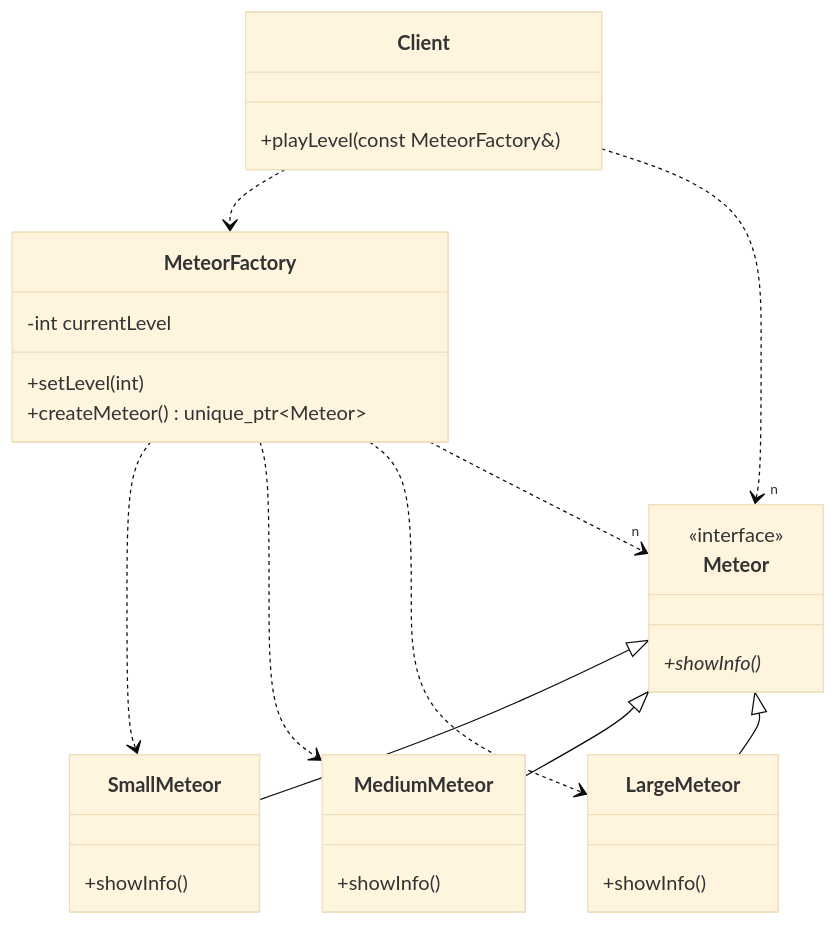
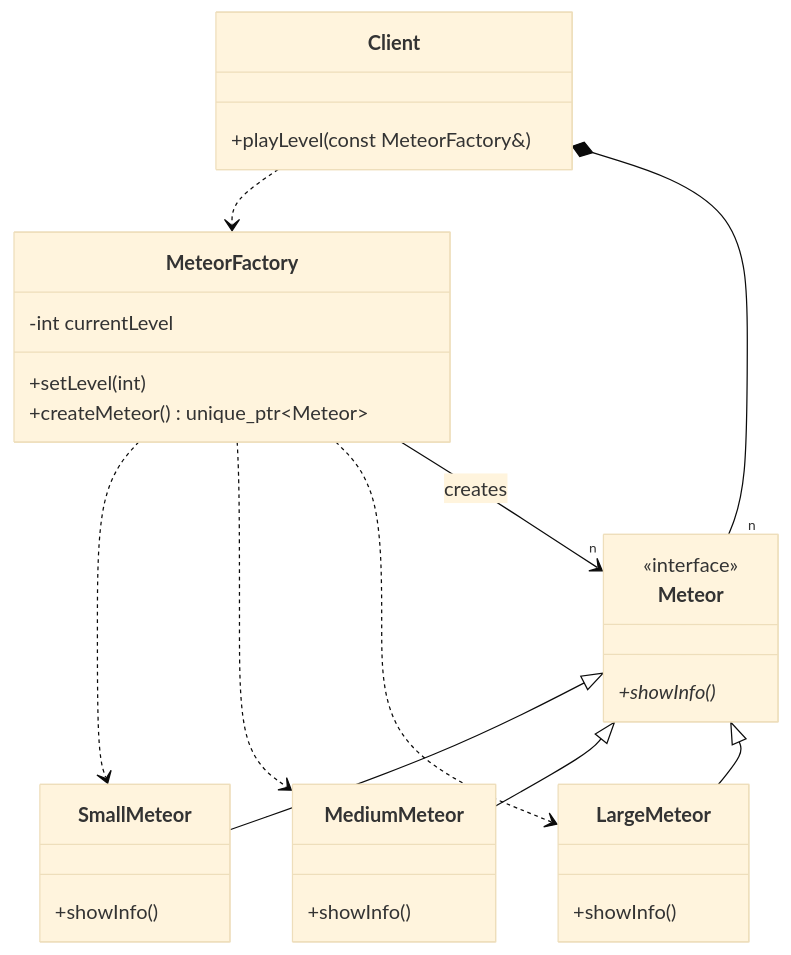
Before and after one commit to Cichlidfishexigency721/Modern-CPP-Design-Patterns: the diagram in 02_FactoryMethod/SimpleFactoryMethod/diagram.md, drawn with Mermaid (base theme).

Commit message:
UML improvement

````diff
--- a/02_FactoryMethod/SimpleFactoryMethod/diagram.md
+++ b/02_FactoryMethod/SimpleFactoryMethod/diagram.md
@@ -3,42 +3,42 @@
 ```mermaid
 classDiagram
     class Meteor {
         <<interface>>
         +showInfo()*
     }
     class SmallMeteor {
         +showInfo()
     }
     class MediumMeteor {
         +showInfo()
     }
     class LargeMeteor {
         +showInfo()
     }
 
     class MeteorFactory {
         -int currentLevel
         +setLevel(int)
         +createMeteor() unique_ptr~Meteor~
     }
 
     class Client {
         +playLevel(const MeteorFactory&)
     }
 
     Meteor <|-- SmallMeteor
     Meteor <|-- MediumMeteor
     Meteor <|-- LargeMeteor
 
     %% The Factory creates specific concrete products based on its internal state
     MeteorFactory ..> SmallMeteor
     MeteorFactory ..> MediumMeteor
     MeteorFactory ..> LargeMeteor
     
     %% The Factory returns abstract products
-    MeteorFactory ..> "n" Meteor
+    MeteorFactory --> "n" Meteor : creates
 
     %% Client relies on the single concrete factory and the abstract product
     Client ..> MeteorFactory
-    Client ..> "n" Meteor
+    Client *-- "n" Meteor
 ```
````
